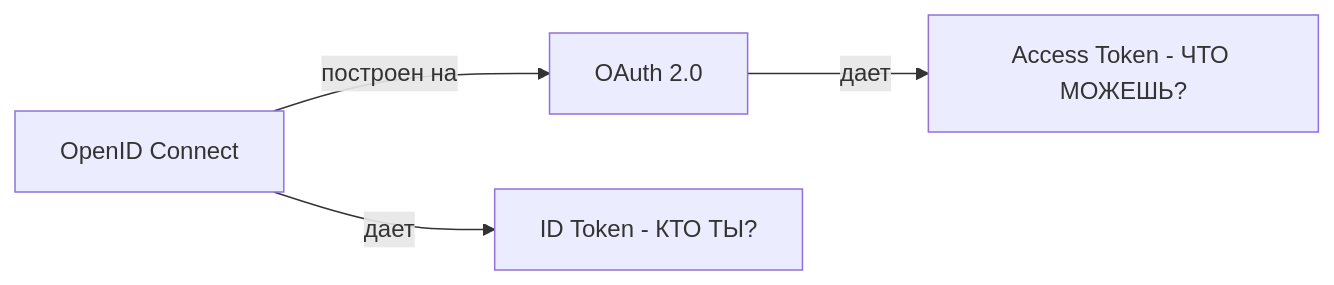
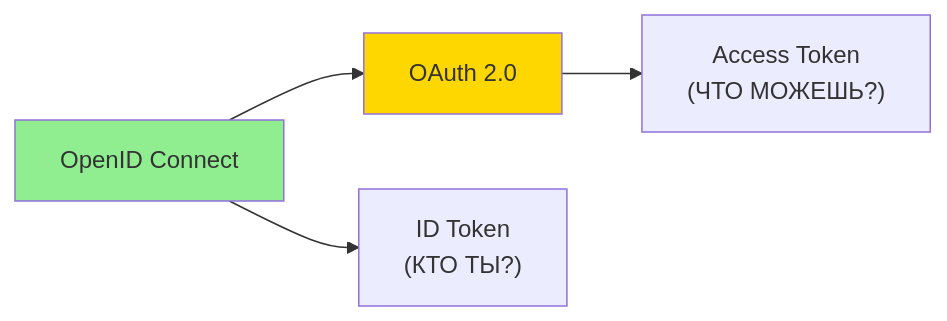
Before and after one commit to IBraveMonkey/data_structure-algorithms: the first of 4 diagrams in информатика(теория)/security/0.OAuth2_OpenID.md, drawn with Mermaid. The commit also changed other lines of this file and 22 other files, not shown here.

````diff
--- a/информатика(теория)/security/0.OAuth2_OpenID.md
+++ b/информатика(теория)/security/0.OAuth2_OpenID.md
@@ -36,6 +44,9 @@
 ```mermaid
-graph LR
-    OIDC[OpenID Connect] -- "построен на" --> OAuth[OAuth 2.0]
-    OIDC -- "дает" --> IDT[ID Token - КТО ТЫ?]
-    OAuth -- "дает" --> AT[Access Token - ЧТО МОЖЕШЬ?]
+flowchart LR
+    OIDC["OpenID Connect"] --> OAuth["OAuth 2.0"]
+    OIDC --> IDT["ID Token<br/>(КТО ТЫ?)"]
+    OAuth --> AT["Access Token<br/>(ЧТО МОЖЕШЬ?)"]
+    
+    style OIDC fill:#90EE90
+    style OAuth fill:#FFD700
 ```
````
